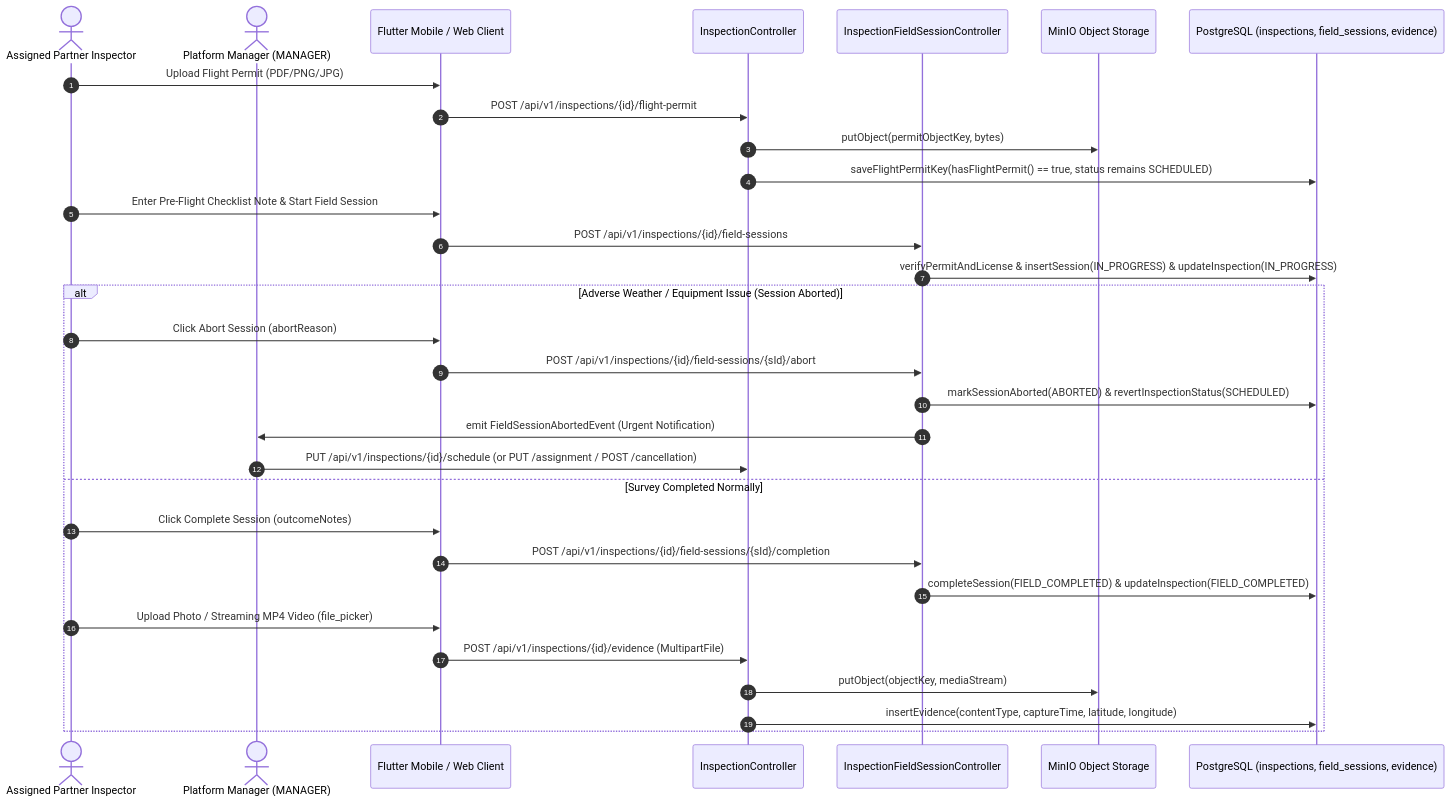
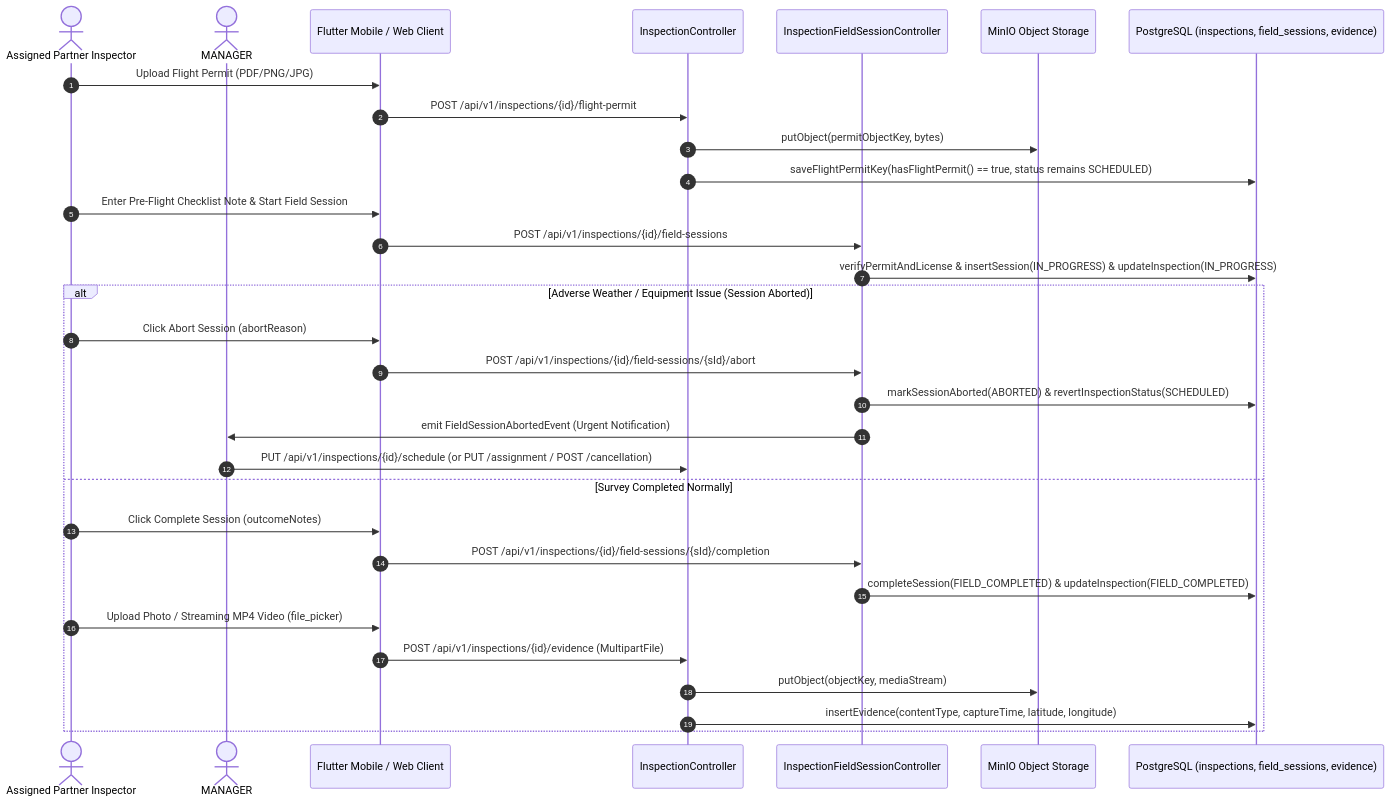
One commit to tungbach12/SmartDroneInspection-Docs changed diagram 13 of 23 in reports/report-4-software-design-document/03-detailed-design.md. Above: the diagram before and after it, drawn with Mermaid. The commit also changed other lines of this file and 30 other files, not shown here.

````diff
--- a/reports/report-4-software-design-document/03-detailed-design.md
+++ b/reports/report-4-software-design-document/03-detailed-design.md
@@ -549,37 +616,37 @@
 ```mermaid
 %% title: Field Flight Session, Abort Dispatch and Evidence Upload Sequence Diagram
 sequenceDiagram
   autonumber
   actor Inspector as Assigned Partner Inspector
-  actor Manager as Platform Manager (MANAGER)
+  actor Manager as MANAGER
   participant Mobile as Flutter Mobile / Web Client
   participant InspCtrl as InspectionController
   participant SessCtrl as InspectionFieldSessionController
   participant MinIO as MinIO Object Storage
   participant DB as PostgreSQL (inspections, field_sessions, evidence)
 
   Inspector->>Mobile: Upload Flight Permit (PDF/PNG/JPG)
   Mobile->>InspCtrl: POST /api/v1/inspections/{id}/flight-permit
   InspCtrl->>MinIO: putObject(permitObjectKey, bytes)
   InspCtrl->>DB: saveFlightPermitKey(hasFlightPermit() == true, status remains SCHEDULED)
 
   Inspector->>Mobile: Enter Pre-Flight Checklist Note & Start Field Session
   Mobile->>SessCtrl: POST /api/v1/inspections/{id}/field-sessions
   SessCtrl->>DB: verifyPermitAndLicense & insertSession(IN_PROGRESS) & updateInspection(IN_PROGRESS)
 
   alt Adverse Weather / Equipment Issue (Session Aborted)
     Inspector->>Mobile: Click Abort Session (abortReason)
     Mobile->>SessCtrl: POST /api/v1/inspections/{id}/field-sessions/{sId}/abort
     SessCtrl->>DB: markSessionAborted(ABORTED) & revertInspectionStatus(SCHEDULED)
     SessCtrl->>Manager: emit FieldSessionAbortedEvent (Urgent Notification)
     Manager->>InspCtrl: PUT /api/v1/inspections/{id}/schedule (or PUT /assignment / POST /cancellation)
   else Survey Completed Normally
     Inspector->>Mobile: Click Complete Session (outcomeNotes)
     Mobile->>SessCtrl: POST /api/v1/inspections/{id}/field-sessions/{sId}/completion
     SessCtrl->>DB: completeSession(FIELD_COMPLETED) & updateInspection(FIELD_COMPLETED)
     Inspector->>Mobile: Upload Photo / Streaming MP4 Video (file_picker)
     Mobile->>InspCtrl: POST /api/v1/inspections/{id}/evidence (MultipartFile)
     InspCtrl->>MinIO: putObject(objectKey, mediaStream)
     InspCtrl->>DB: insertEvidence(contentType, captureTime, latitude, longitude)
   end
 ```
````
